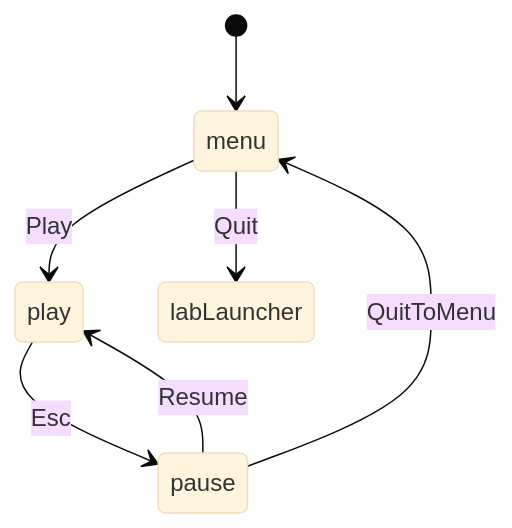
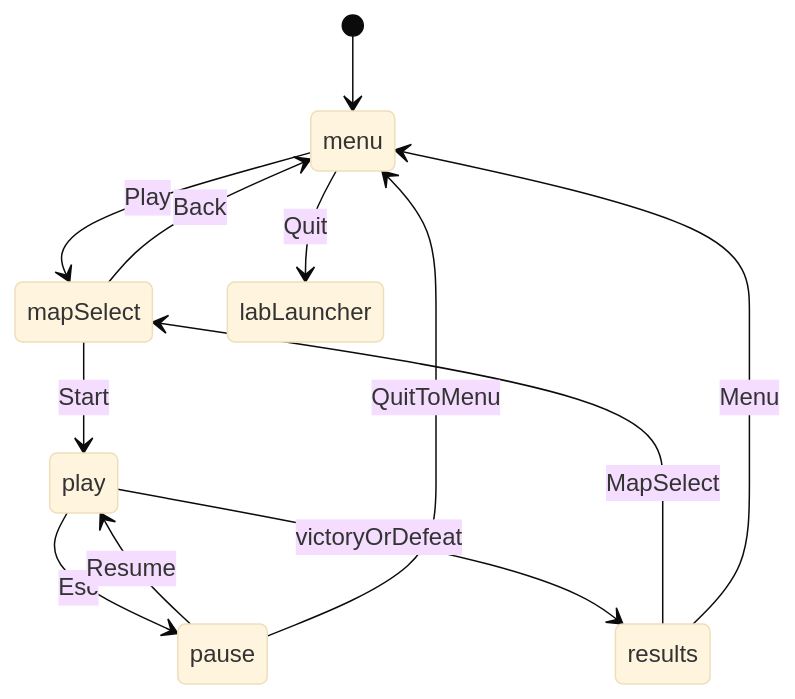
Before and after one commit to kblaszki/godot-game: the first of 5 diagrams in games/gridward/docs/explanation/flow.md, drawn with Mermaid (base theme). The commit also changed other lines of this file and 21 other files, not shown here.

````diff
--- a/games/gridward/docs/explanation/flow.md
+++ b/games/gridward/docs/explanation/flow.md
@@ -27,9 +31,14 @@
 ```mermaid
 stateDiagram-v2
   [*] --> menu
-  menu --> play: Play
+  menu --> mapSelect: Play
   menu --> labLauncher: Quit
+  mapSelect --> menu: Back
+  mapSelect --> play: Start
   play --> pause: Esc
   pause --> play: Resume
   pause --> menu: QuitToMenu
+  play --> results: victoryOrDefeat
+  results --> mapSelect: MapSelect
+  results --> menu: Menu
 ```
````
